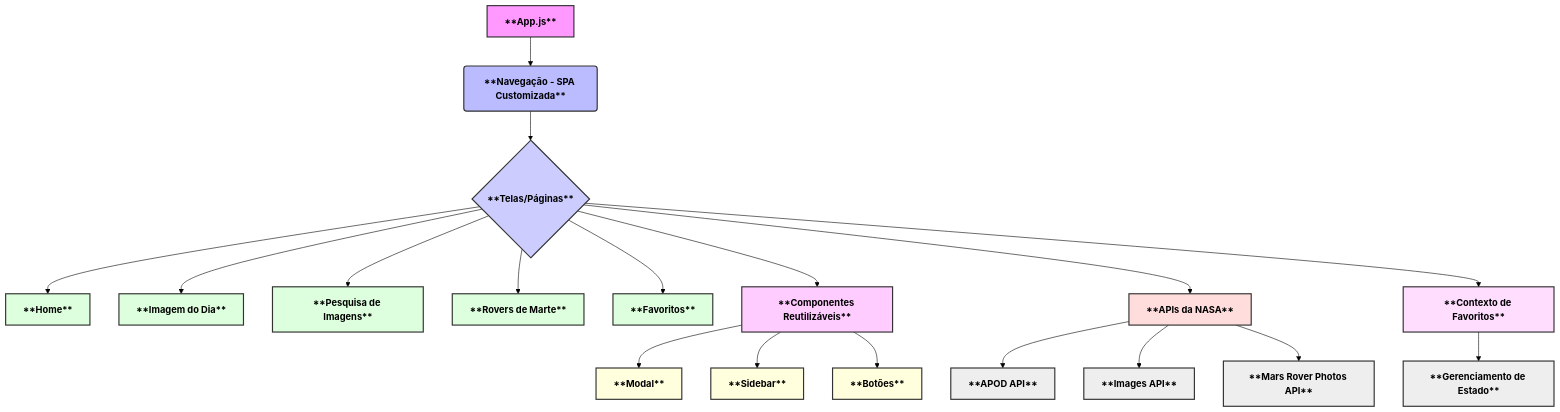
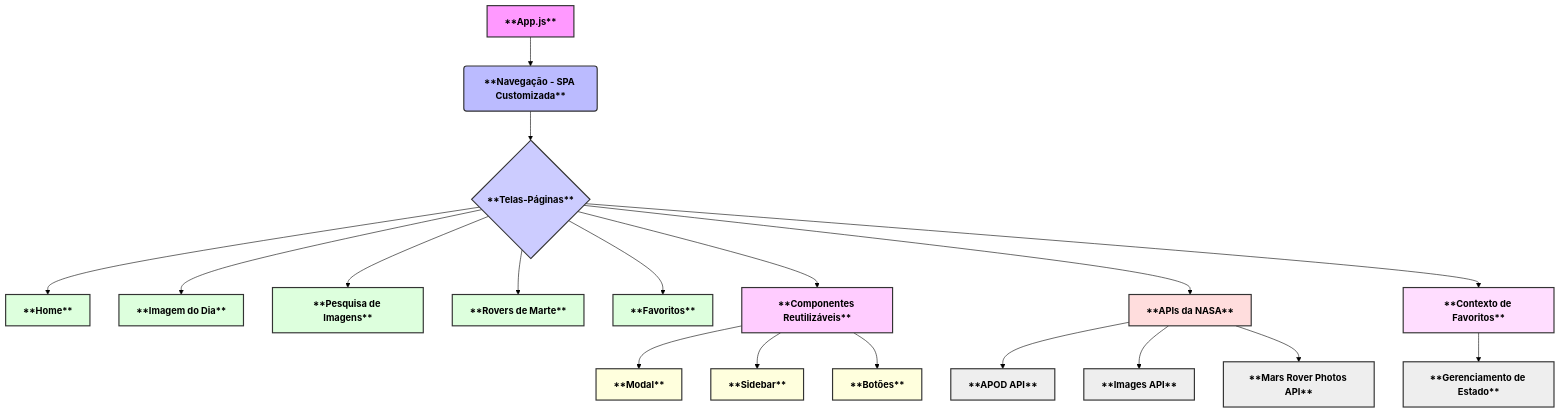
The diagram in README.md (DessimA/NASA_Galery), drawn with Mermaid (forest theme) before and after one commit.

````diff
--- a/README.md
+++ b/README.md
@@ -39,42 +39,42 @@
 ```mermaid
 graph TD
     A[**App.js**] --> B(**Navegação - SPA Customizada**)
-    B --> C{**Telas/Páginas**}
+    B --> C{**Telas-Páginas**}
     C --> D[**Home**]
     C --> E[**Imagem do Dia**]
     C --> F[**Pesquisa de Imagens**]
     C --> G[**Rovers de Marte**]
     C --> H[**Favoritos**]
 
     C --> I[**Componentes Reutilizáveis**]
     I --> J[**Modal**]
     I --> K[**Sidebar**]
     I --> L[**Botões**]
 
     C --> M[**APIs da NASA**]
     M --> N[**APOD API**]
     M --> O[**Images API**]
     M --> P[**Mars Rover Photos API**]
 
     C --> Q[**Contexto de Favoritos**]
     Q --> R[**Gerenciamento de Estado**]
 
     style A fill:#f9f,stroke:#333,stroke-width:2px,font-weight:bold,color:#000
     style B fill:#bbf,stroke:#333,stroke-width:2px,font-weight:bold,color:#000
     style C fill:#ccf,stroke:#333,stroke-width:2px,font-weight:bold,color:#000
     style D fill:#dfd,stroke:#333,stroke-width:2px,font-weight:bold,color:#000
     style E fill:#dfd,stroke:#333,stroke-width:2px,font-weight:bold,color:#000
     style F fill:#dfd,stroke:#333,stroke-width:2px,font-weight:bold,color:#000
     style G fill:#dfd,stroke:#333,stroke-width:2px,font-weight:bold,color:#000
     style H fill:#dfd,stroke:#333,stroke-width:2px,font-weight:bold,color:#000
     style I fill:#fcf,stroke:#333,stroke-width:2px,font-weight:bold,color:#000
     style J fill:#ffd,stroke:#333,stroke-width:2px,font-weight:bold,color:#000
     style K fill:#ffd,stroke:#333,stroke-width:2px,font-weight:bold,color:#000
     style L fill:#ffd,stroke:#333,stroke-width:2px,font-weight:bold,color:#000
     style M fill:#fdd,stroke:#333,stroke-width:2px,font-weight:bold,color:#000
     style N fill:#eee,stroke:#333,stroke-width:2px,font-weight:bold,color:#000
     style O fill:#eee,stroke:#333,stroke-width:2px,font-weight:bold,color:#000
     style P fill:#eee,stroke:#333,stroke-width:2px,font-weight:bold,color:#000
     style Q fill:#fdf,stroke:#333,stroke-width:2px,font-weight:bold,color:#000
     style R fill:#eee,stroke:#333,stroke-width:2px,font-weight:bold,color:#000
 ```
````
